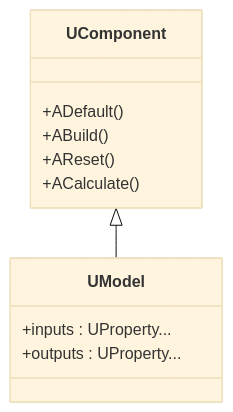
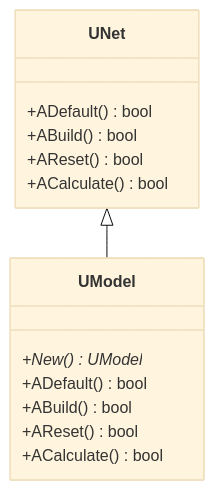
One commit to aicommunity/Rdk-BasicLib changed the first of 5 diagrams in Docs/Components/UModel.md. Above: the diagram before and after it, drawn with Mermaid (base theme). The commit also changed other lines of this file and 14 other files, not shown here.

````diff
--- a/Docs/Components/UModel.md
+++ b/Docs/Components/UModel.md
@@ -13,14 +16,19 @@
 ```mermaid
 classDiagram
-    class UComponent {
-        +ADefault()
-        +ABuild()
-        +AReset()
-        +ACalculate()
+    UNet <|-- UModel
+
+    class UNet {
+        +ADefault() bool
+        +ABuild() bool
+        +AReset() bool
+        +ACalculate() bool
     }
-    UComponent <|-- UModel
+
     class UModel {
-        +inputs : UProperty...
-        +outputs : UProperty...
+        +New() UModel*
+        +ADefault() bool
+        +ABuild() bool
+        +AReset() bool
+        +ACalculate() bool
     }
 ```
````
